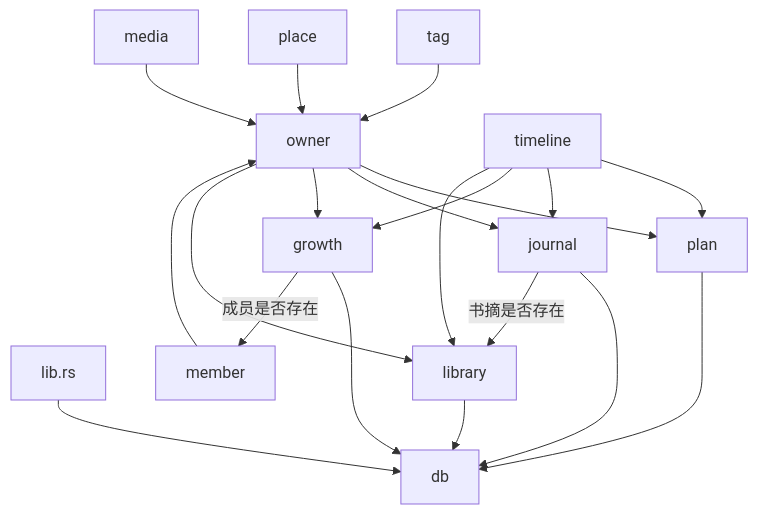
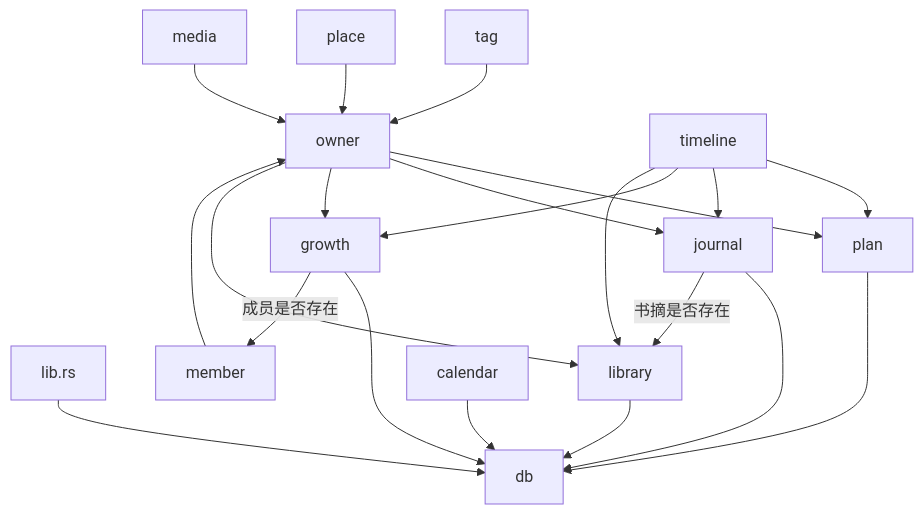
One commit to viclilei1921/precession changed the diagram in docs/backend.md. Above: the diagram before and after it, drawn with Mermaid. The commit also changed other lines of this file and 27 other files, not shown here.

````diff
--- a/docs/backend.md
+++ b/docs/backend.md
@@ -13,34 +13,36 @@
 ```mermaid
 flowchart TD
   lib[lib.rs]
   db[db]
   owner[owner]
   plan[plan]
   journal[journal]
   growth[growth]
   library[library]
   member[member]
   tag[tag]
   place[place]
   media[media]
   timeline[timeline]
+  calendar[calendar]
   lib --> db
   plan --> db
   journal --> db
   growth --> db
   library --> db
+  calendar --> db
   member --> owner
   tag --> owner
   place --> owner
   media --> owner
   owner --> plan
   owner --> journal
   owner --> growth
   owner --> library
   timeline --> plan
   timeline --> journal
   timeline --> growth
   timeline --> library
   journal -->|"书摘是否存在"| library
   growth -->|"成员是否存在"| member
 ```
````
